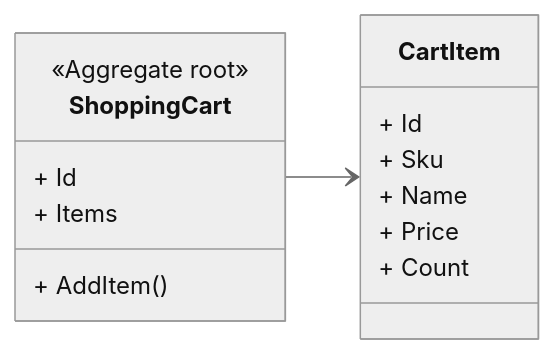
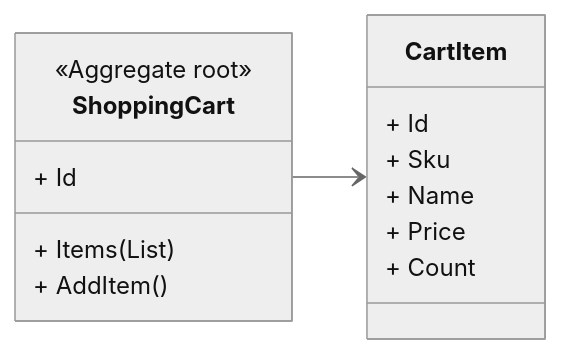
The diagram in Lab3/docs/3.mmd (fatimamatieva/DAT240_ASSIGNMENTS), drawn with Mermaid (neutral theme) before and after one commit. The commit also changed 15 other files, not shown here.

```diff
--- a/Lab3/docs/3.mmd
+++ b/Lab3/docs/3.mmd
@@ -1,17 +1,17 @@
 
 classDiagram
     direction LR
     ShoppingCart --> CartItem
     class ShoppingCart {
         <<Aggregate root>>
         + Id
-        + Items
+        + Items (List)
         + AddItem()
     }
     class CartItem {
         + Id
         + Sku
         + Name
         + Price
         + Count
     }
```
